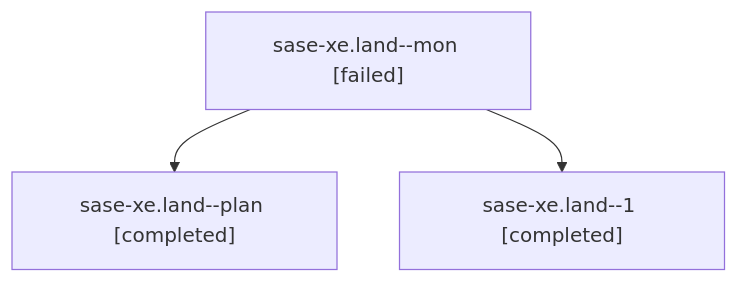
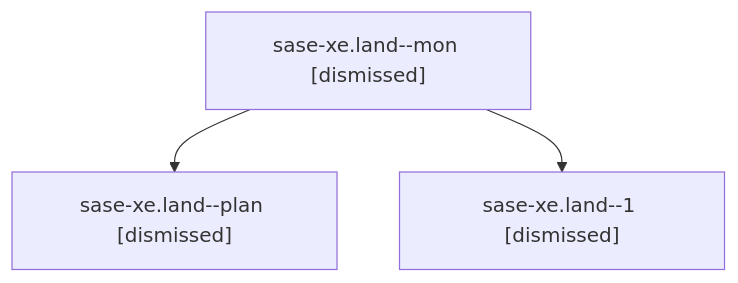
The diagram in families/bbugyi200.athena.sase-xe.land.md (sase-org/sase--agents), drawn with Mermaid before and after one commit. The commit also changed other lines of this file and 305 other files, not shown here.

````diff
--- a/families/bbugyi200.athena.sase-xe.land.md
+++ b/families/bbugyi200.athena.sase-xe.land.md
@@ -9,8 +9,8 @@
 ```mermaid
 flowchart TD
-  n0["sase-xe.land--mon [failed]"]
-  n1["sase-xe.land--plan [completed]"]
+  n0["sase-xe.land--mon [dismissed]"]
+  n1["sase-xe.land--plan [dismissed]"]
   n0 --> n1
-  n2["sase-xe.land--1 [completed]"]
+  n2["sase-xe.land--1 [dismissed]"]
   n0 --> n2
 ```
````
